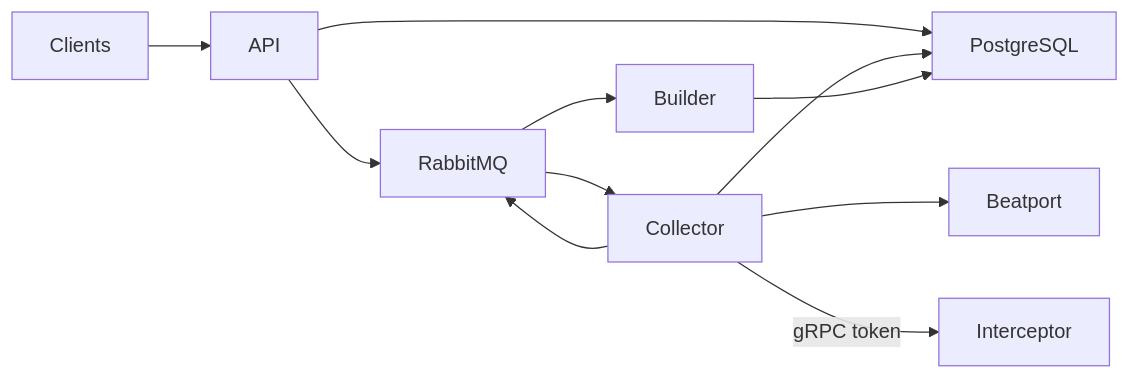
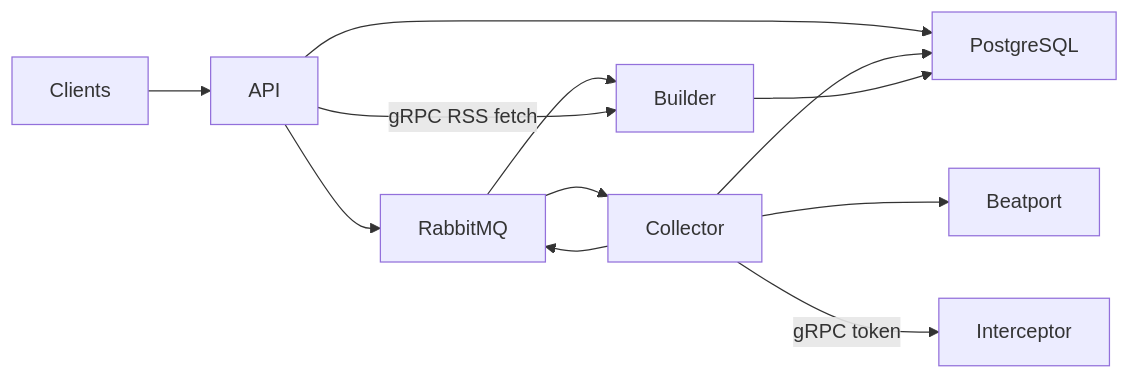
One commit to mykola-mazurkevych/Beatport2Rss changed the diagram in README.md. Above: the diagram before and after it, drawn with Mermaid. The commit also changed other lines of this file and 42 other files, not shown here.

First line of the commit message:
Builder: Expose RSS feed documents over gRPC (Resolves #67) (#89)

````diff
--- a/README.md
+++ b/README.md
@@ -15,13 +15,14 @@
 ```mermaid
 flowchart LR
     Clients --> API
     API --> PostgreSQL
     API --> RabbitMQ
     RabbitMQ --> Collector
     Collector --> Beatport
     Collector -- gRPC token --> Interceptor
     Collector --> PostgreSQL
     Collector --> RabbitMQ
     RabbitMQ --> Builder
     Builder --> PostgreSQL
+    API -- gRPC RSS fetch --> Builder
 ```
````
